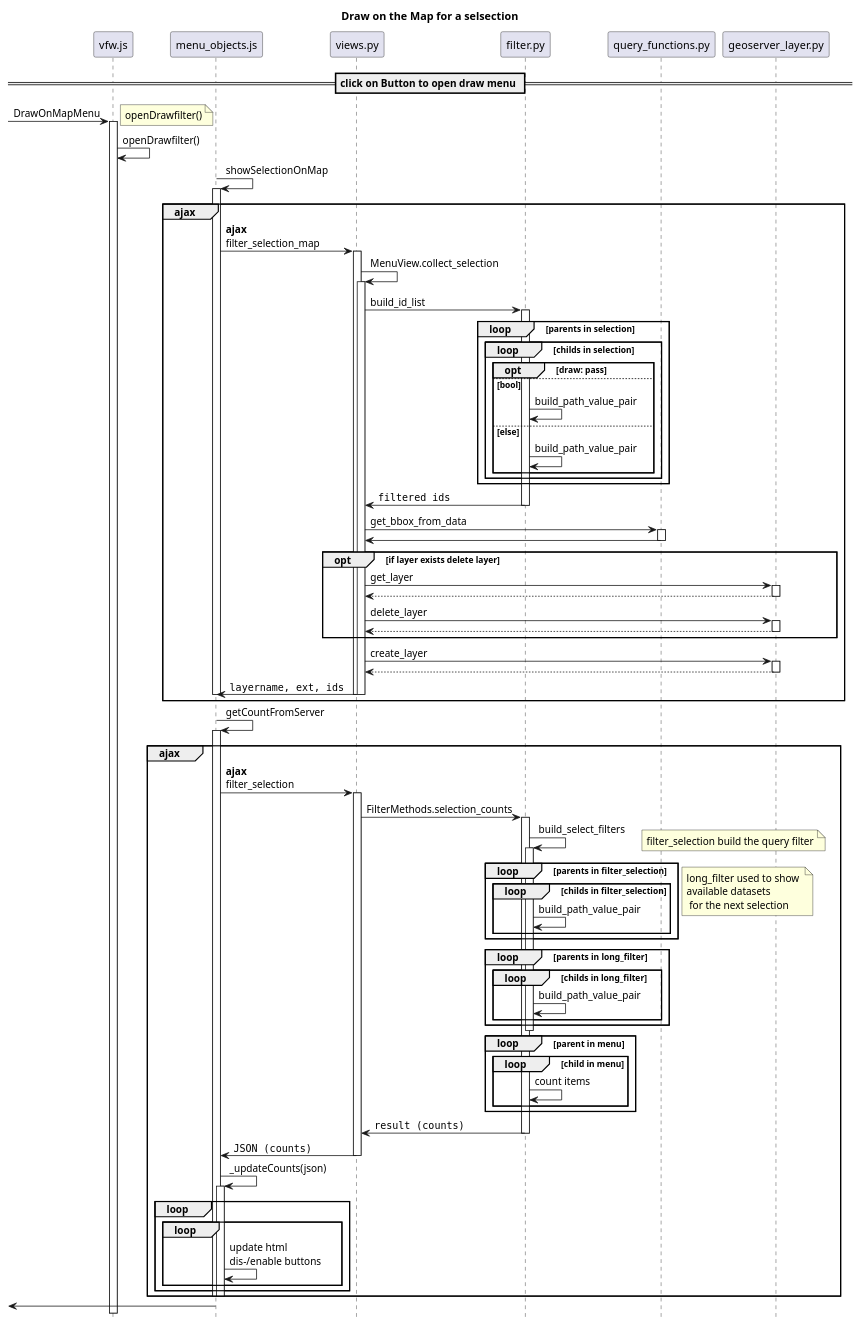
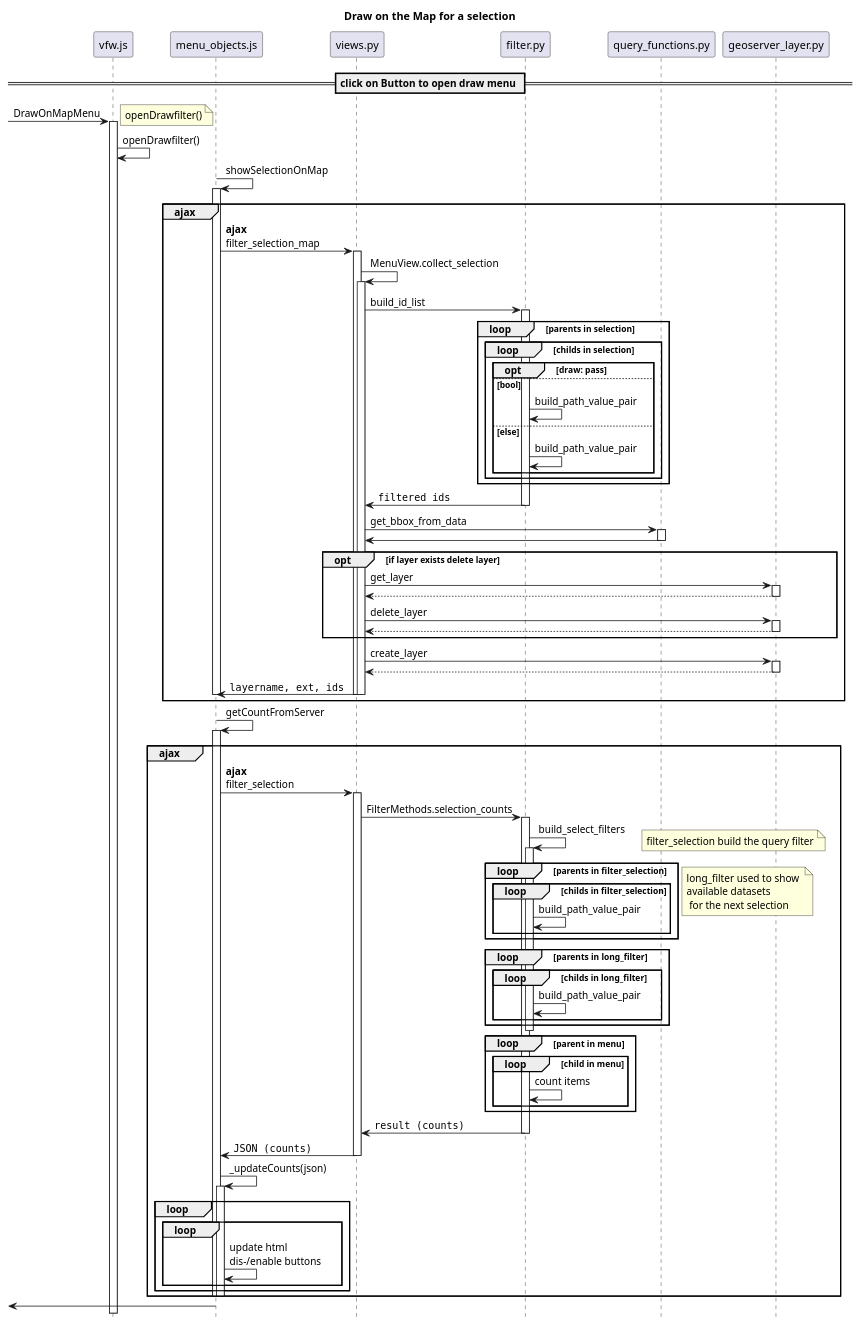
The diagram in diagrams/drawOnMapMenu.puml (VForWaTer/vforwater-portal), drawn with PlantUML before and after one commit. The commit also changed 15 other files, not shown here.

```diff
--- a/diagrams/drawOnMapMenu.puml
+++ b/diagrams/drawOnMapMenu.puml
@@ -1,90 +1,90 @@
 @startuml
-title Draw on the Map for a selsection
+title Draw on the Map for a selection
 
 hide footbox
 
 
 == click on Button to open draw menu ==
 [-> vfw.js ++: DrawOnMapMenu
 note left: openDrawfilter()
 vfw.js -> vfw.js: openDrawfilter()
 
 
 
 
 ' checkSiblings checks what is clicked
 menu_objects.js -> menu_objects.js ++: showSelectionOnMap
 group ajax
 menu_objects.js -> views.py ++: **ajax**\nfilter_selection_map
 views.py -> views.py ++: MenuView.collect_selection
 views.py -> filter.py ++: build_id_list
 loop parents in selection
     loop childs in selection
         opt draw: pass
         else bool
             filter.py -> filter.py: build_path_value_pair
         else else
             filter.py -> filter.py: build_path_value_pair
         end
     end
 end
 views.py <- filter.py : ""filtered ids""
 deactivate filter.py
 views.py -> query_functions.py ++: get_bbox_from_data
 views.py <- query_functions.py --
 opt if layer exists delete layer
     views.py -> geoserver_layer.py ++: get_layer
     return
 
     views.py -> geoserver_layer.py ++: delete_layer
     return
 end
 views.py -> geoserver_layer.py ++: create_layer
 return
 menu_objects.js <- views.py --: ""layername, ext, ids""
 deactivate views.py
 deactivate menu_objects.js
 end
 
 menu_objects.js -> menu_objects.js ++: getCountFromServer
 group ajax
 menu_objects.js -> views.py ++: **ajax**\nfilter_selection
 views.py -> filter.py ++: FilterMethods.selection_counts
 filter.py -> filter.py ++: build_select_filters
 loop parents in filter_selection
 note right: filter_selection build the query filter
     loop childs in filter_selection
         filter.py -> filter.py: build_path_value_pair
     end
 end
 
 loop parents in long_filter
     loop childs in long_filter
 note left: long_filter used to show \navailable datasets\n for the next selection
         filter.py -> filter.py: build_path_value_pair
     end
 end
 deactivate filter.py
 
 loop parent in menu
     loop child in menu
         filter.py -> filter.py: count items
     end
 end
 views.py <- filter.py --: ""result (counts)""
 menu_objects.js <- views.py --: ""JSON (counts)""
 menu_objects.js -> menu_objects.js ++: _updateCounts(json)
 loop
     loop
         menu_objects.js -> menu_objects.js: update html \ndis-/enable buttons
     end
 end
 deactivate menu_objects.js
 deactivate menu_objects.js
 deactivate menu_objects.js
 end
 [<- menu_objects.js
 
 
 
 @enduml
```
